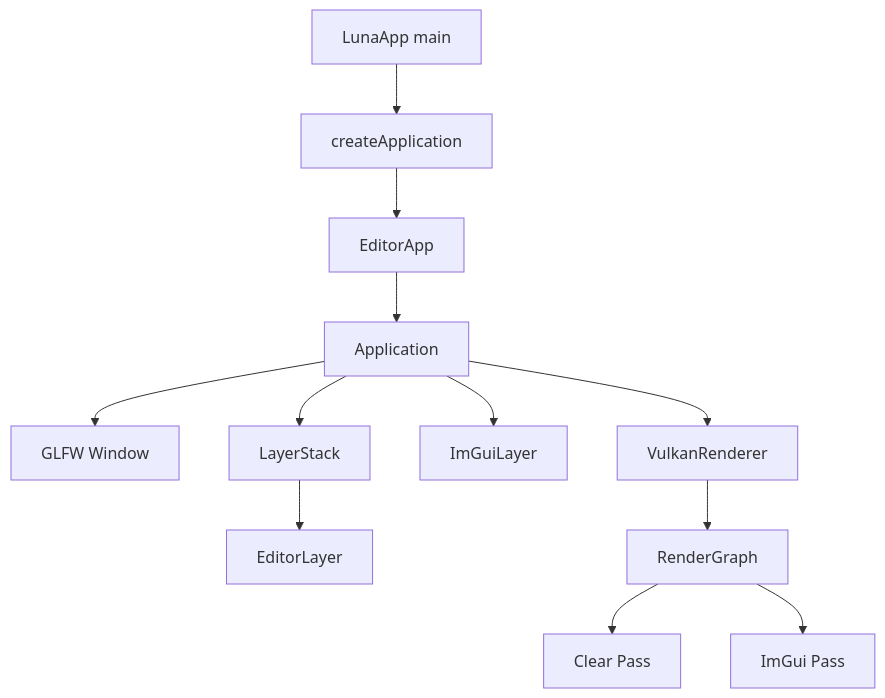
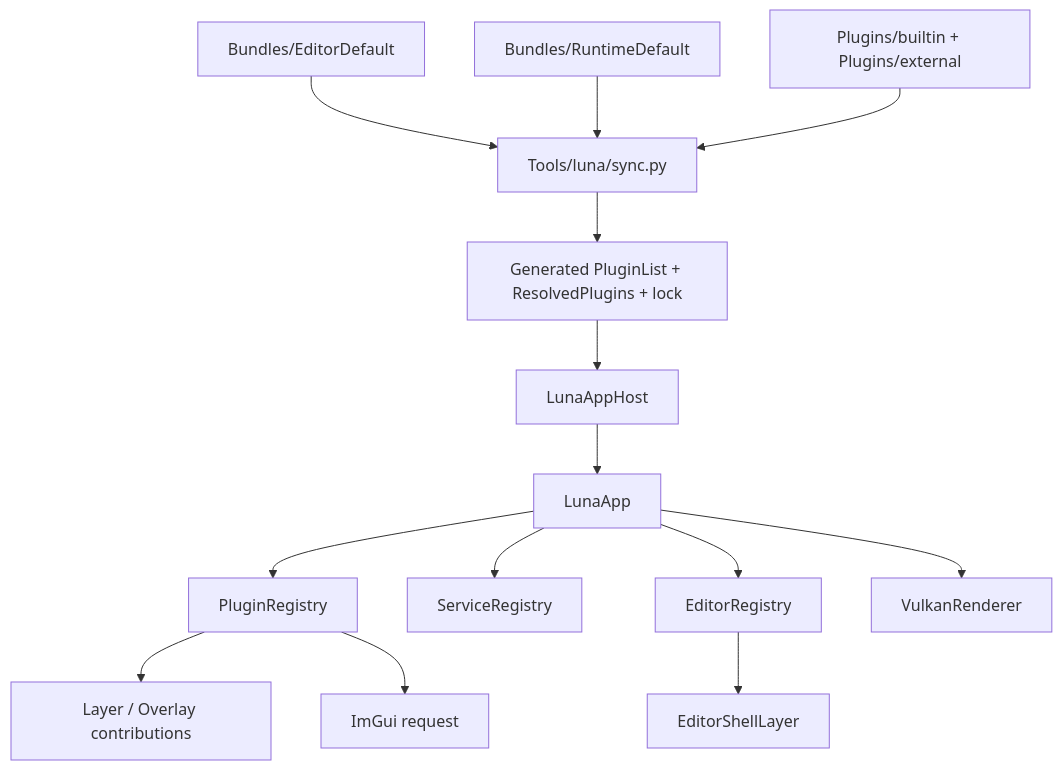
The first of 2 diagrams in docs/manual/introduction-and-core-concepts.md (Yang-Junjie/Luna), drawn with Mermaid before and after one commit. The commit also changed other lines of this file and 49 other files, not shown here.

````diff
--- a/docs/manual/introduction-and-core-concepts.md
+++ b/docs/manual/introduction-and-core-concepts.md
@@ -39,14 +34,16 @@
 ```mermaid
 graph TD
-    A[LunaApp main] --> B[createApplication]
-    B --> C[EditorApp]
-    C --> D[Application]
-    D --> E[GLFW Window]
-    D --> F[VulkanRenderer]
-    D --> G[ImGuiLayer]
-    D --> H[LayerStack]
-    H --> I[EditorLayer]
-    F --> J[RenderGraph]
-    J --> K[Clear Pass]
-    J --> L[ImGui Pass]
+    B1[Bundles/EditorDefault] --> S[Tools/luna/sync.py]
+    B2[Bundles/RuntimeDefault] --> S
+    P[Plugins/builtin + Plugins/external] --> S
+    S --> G[Generated PluginList + ResolvedPlugins + lock]
+    G --> H[LunaAppHost]
+    H --> A[LunaApp]
+    A --> PR[PluginRegistry]
+    A --> SR[ServiceRegistry]
+    A --> ER[EditorRegistry]
+    A --> VR[VulkanRenderer]
+    PR --> LS[Layer / Overlay contributions]
+    PR --> IMG[ImGui request]
+    ER --> ES[EditorShellLayer]
 ```
````
